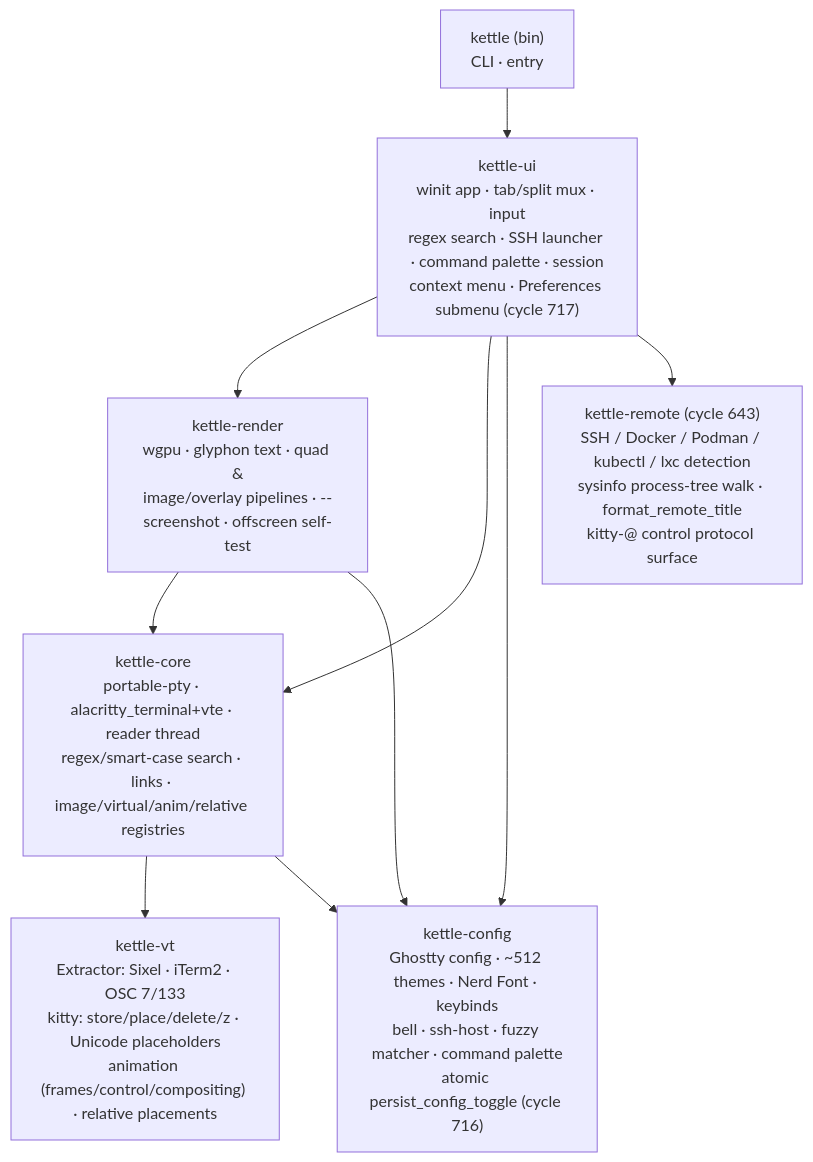
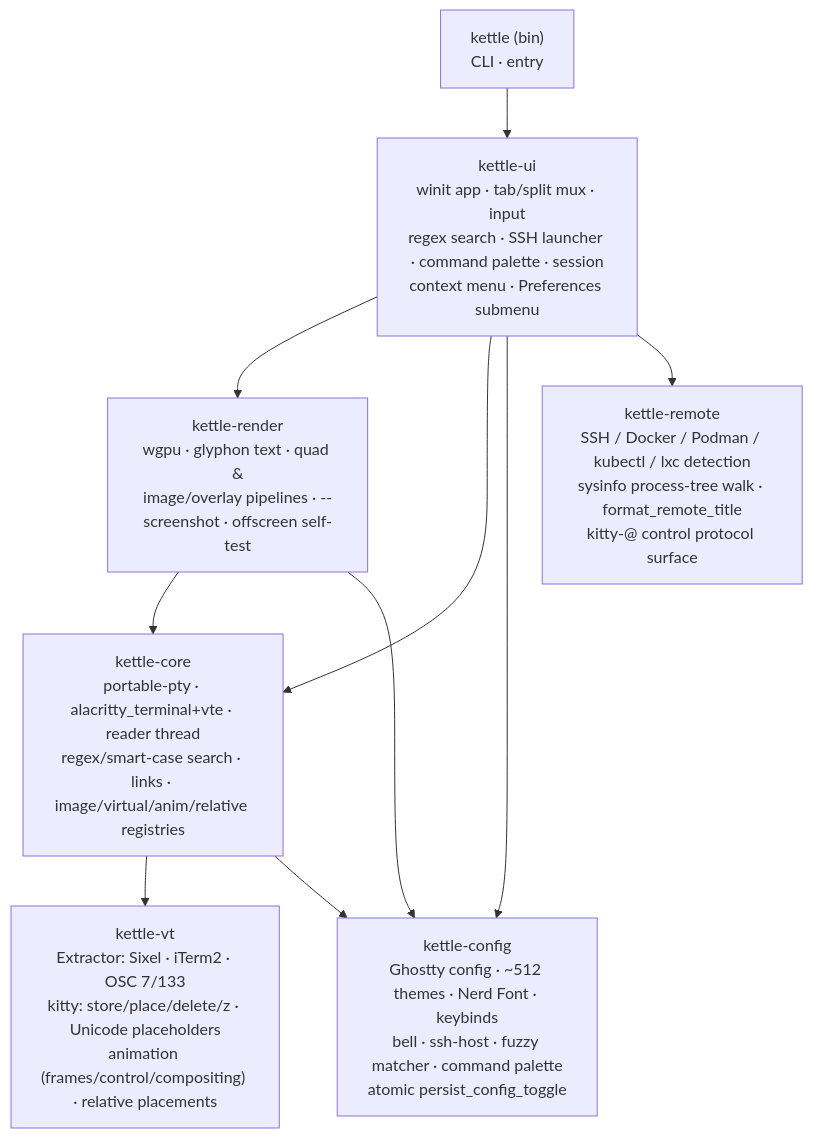
The first of 8 diagrams in docs/ARCHITECTURE.md (Reddimus/kettle), drawn with Mermaid before and after one commit. The commit also changed other lines of this file and 4 other files, not shown here.

````diff
--- a/docs/ARCHITECTURE.md
+++ b/docs/ARCHITECTURE.md
@@ -10,15 +10,15 @@
 ```mermaid
 graph TD
     bin["kettle (bin)<br/>CLI · entry"] --> ui
-    ui["kettle-ui<br/>winit app · tab/split mux · input<br/>regex search · SSH launcher · command palette · session<br/>context menu · Preferences submenu (cycle 717)"] --> render
+    ui["kettle-ui<br/>winit app · tab/split mux · input<br/>regex search · SSH launcher · command palette · session<br/>context menu · Preferences submenu"] --> render
     ui --> core
     ui --> cfg
     ui --> remote
     render["kettle-render<br/>wgpu · glyphon text · quad &<br/>image/overlay pipelines · --screenshot · offscreen self-test"] --> core
     render --> cfg
     core["kettle-core<br/>portable-pty · alacritty_terminal+vte · reader thread<br/>regex/smart-case search · links · image/virtual/anim/relative registries"] --> vt
     core --> cfg
-    cfg["kettle-config<br/>Ghostty config · ~512 themes · Nerd Font · keybinds<br/>bell · ssh-host · fuzzy matcher · command palette<br/>atomic persist_config_toggle (cycle 716)"]
+    cfg["kettle-config<br/>Ghostty config · ~512 themes · Nerd Font · keybinds<br/>bell · ssh-host · fuzzy matcher · command palette<br/>atomic persist_config_toggle"]
     vt["kettle-vt<br/>Extractor: Sixel · iTerm2 · OSC 7/133<br/>kitty: store/place/delete/z · Unicode placeholders<br/>animation (frames/control/compositing) · relative placements"]
-    remote["kettle-remote (cycle 643)<br/>SSH / Docker / Podman / kubectl / lxc detection<br/>sysinfo process-tree walk · format_remote_title<br/>kitty-@ control protocol surface"]
+    remote["kettle-remote<br/>SSH / Docker / Podman / kubectl / lxc detection<br/>sysinfo process-tree walk · format_remote_title<br/>kitty-@ control protocol surface"]
 ```
````
